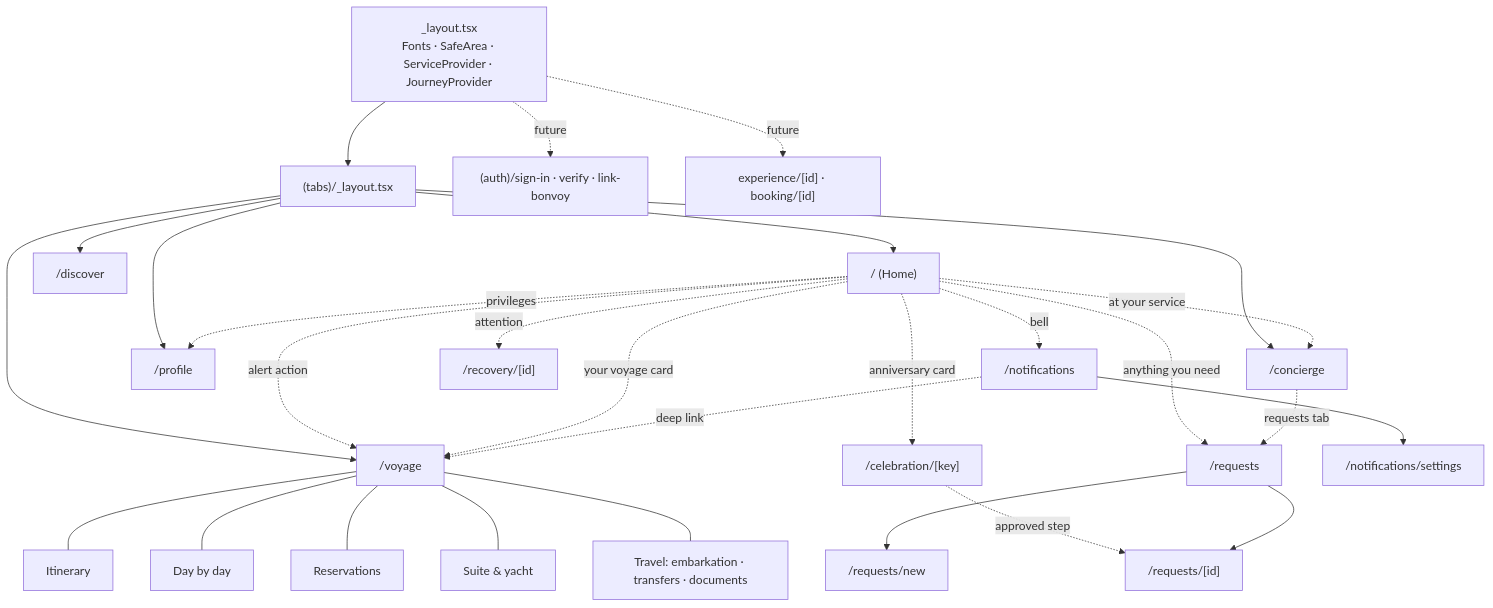
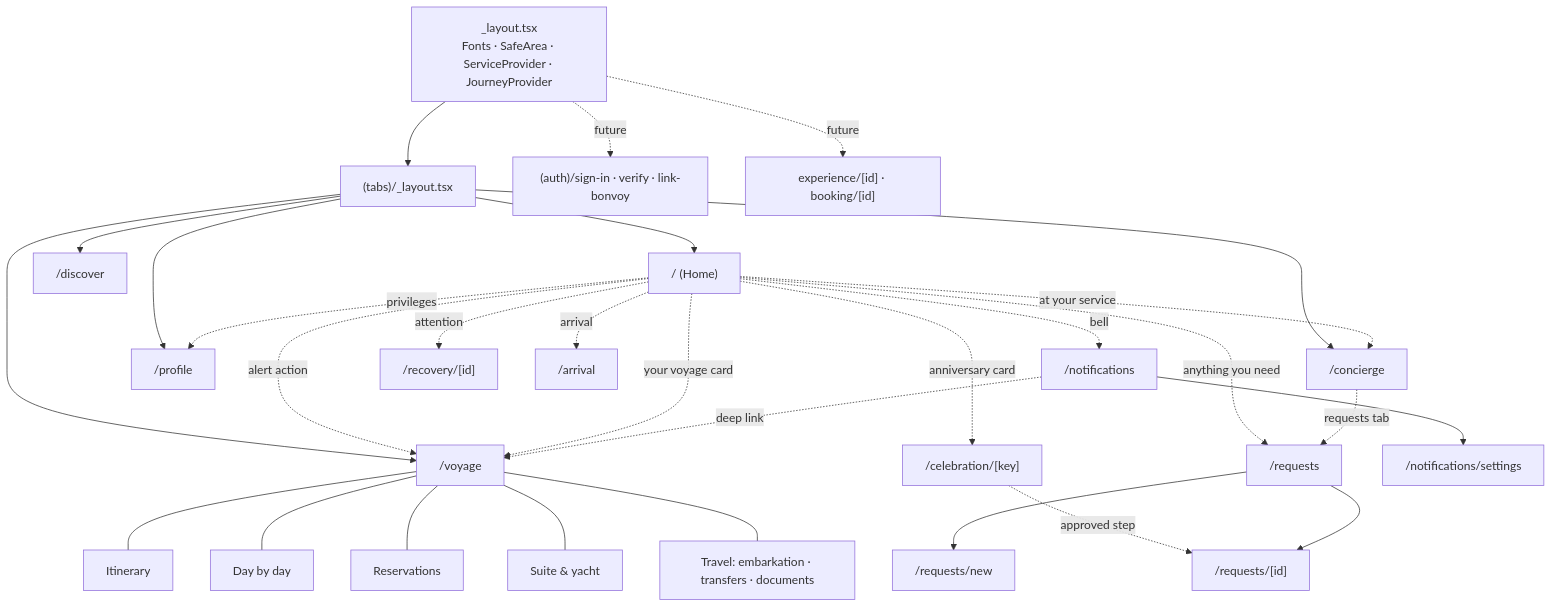
The diagram in docs/08-navigation-model.md (Romulus61265/RCYC-Loyalty-App), drawn with Mermaid before and after one commit. The commit also changed other lines of this file and 39 other files, not shown here.

````diff
--- a/docs/08-navigation-model.md
+++ b/docs/08-navigation-model.md
@@ -5,33 +5,34 @@
 ```mermaid
 flowchart TB
   Root["_layout.tsx<br/>Fonts · SafeArea · ServiceProvider · JourneyProvider"] --> Tabs["(tabs)/_layout.tsx"]
   Tabs --> Home["/ (Home)"]
   Tabs --> Voyage["/voyage"]
   Tabs --> Discover["/discover"]
   Tabs --> Concierge["/concierge"]
   Tabs --> Profile["/profile"]
 
   Voyage --- V1[Itinerary]
   Voyage --- V2[Day by day]
   Voyage --- V3[Reservations]
   Voyage --- V4[Suite & yacht]
   Voyage --- V5[Travel: embarkation · transfers · documents]
 
   Home -.alert action.-> Voyage
   Home -.privileges.-> Profile
   Home -.your voyage card.-> Voyage
   Home -.at your service.-> Concierge
   Home -.anniversary card.-> Celebration["/celebration/[key]"]
   Home -.anything you need.-> Requests["/requests"]
   Home -.bell.-> Notifications["/notifications"]
   Home -.attention.-> Recovery["/recovery/[id]"]
+  Home -.arrival.-> Arrival["/arrival"]
   Notifications --> NotificationSettings["/notifications/settings"]
   Notifications -.deep link.-> Voyage
   Concierge -.requests tab.-> Requests
   Celebration -.approved step.-> Request
   Requests --> NewRequest["/requests/new"]
   Requests --> Request["/requests/[id]"]
 
   Root -. future .-> Auth["(auth)/sign-in · verify · link-bonvoy"]
   Root -. future .-> Modals["experience/[id] · booking/[id]"]
 ```
````
